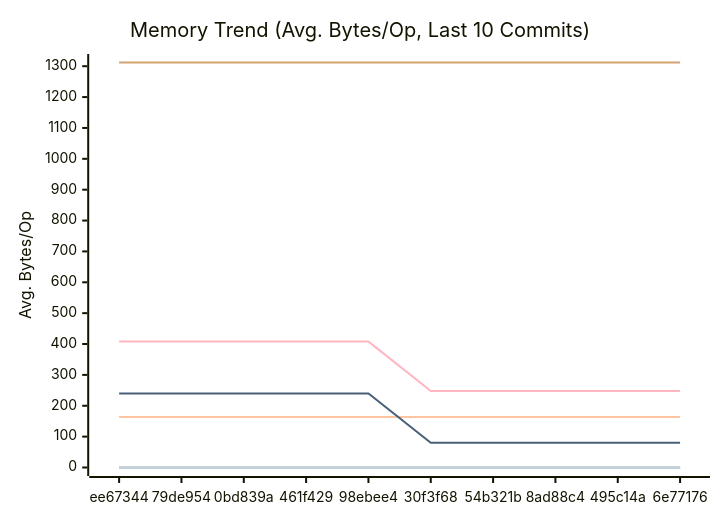
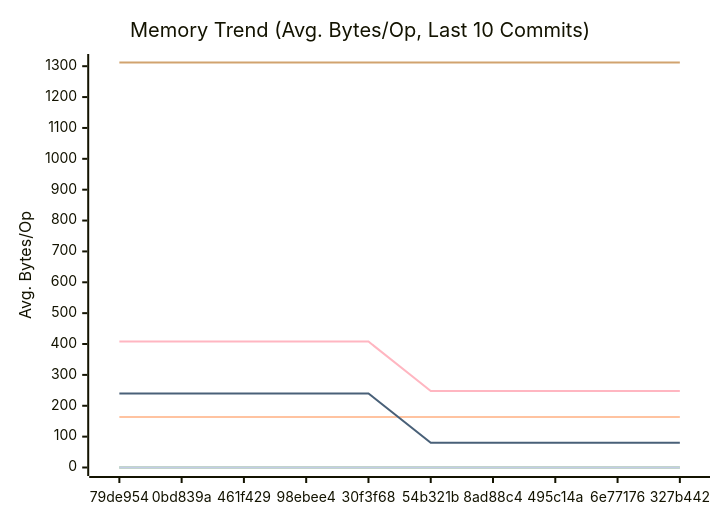
The second of 3 diagrams in docs/PERFORMANCE.md (alsotoes/momo), drawn with Mermaid before and after one commit. The commit also changed other lines of this file and 2 other files, not shown here.

````diff
--- a/docs/PERFORMANCE.md
+++ b/docs/PERFORMANCE.md
@@ -142,16 +142,16 @@
 ```mermaid
 xychart-beta
     title "Memory Trend (Avg. Bytes/Op, Last 10 Commits)"
     x-axis "Commit"
     y-axis "Avg. Bytes/Op"
-    x-axis [ee67344,79de954,0bd839a,461f429,98ebee4,30f3f68,54b321b,8ad88c4,495c14a,6e77176]
+    x-axis [79de954,0bd839a,461f429,98ebee4,30f3f68,54b321b,8ad88c4,495c14a,6e77176,327b442]
     line "CheckMetricsAndSwap" [0,0,0,0,0,0,0,0,0,0]
     line "CrushOptimized" [0,0,0,0,0,0,0,0,0,0]
     line "CrushOriginal" [164,164,164,164,164,164,164,164,164,164]
     line "IndexDirectTracking" [0,0,0,0,0,0,0,0,0,0]
     line "IndexSearch" [0,0,0,0,0,0,0,0,0,0]
     line "LoadGlobalConfig" [1312,1312,1312,1312,1312,1312,1312,1312,1312,1312]
     line "PadString" [0,0,0,0,0,0,0,0,0,0]
     line "ParseReplicationOrder_NoPrealloc" [408,408,408,408,408,248,248,248,248,248]
     line "ParseReplicationOrder_Prealloc" [240,240,240,240,240,80,80,80,80,80]
 ```
````
